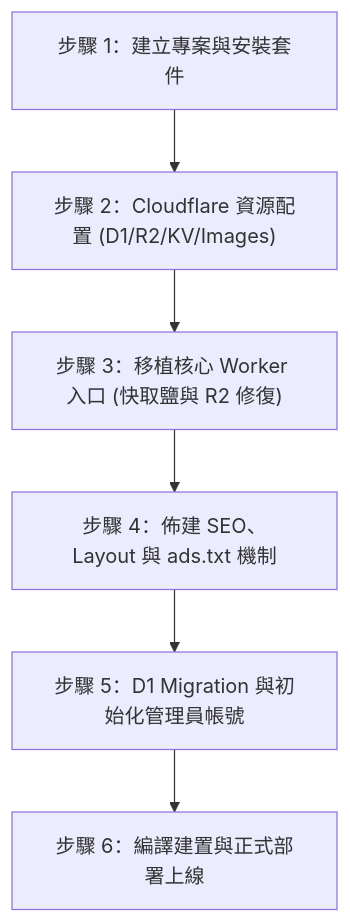
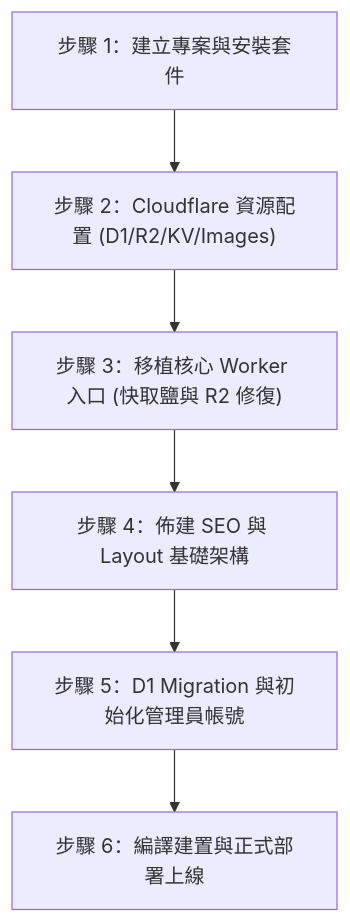
One commit to joyce5438/flavorinsight changed the diagram in EMDASH_DEPLOYMENT_PLAYBOOK.md. Above: the diagram before and after it, drawn with Mermaid. The commit also changed other lines of this file, not shown here.

````diff
--- a/EMDASH_DEPLOYMENT_PLAYBOOK.md
+++ b/EMDASH_DEPLOYMENT_PLAYBOOK.md
@@ -143,8 +131,8 @@
 ```mermaid
 flowchart TD
     A["步驟 1：建立專案與安裝套件"] --> B["步驟 2：Cloudflare 資源配置 (D1/R2/KV/Images)"]
     B --> C["步驟 3：移植核心 Worker 入口 (快取鹽與 R2 修復)"]
-    C --> D["步驟 4：佈建 SEO、Layout 與 ads.txt 機制"]
+    C --> D["步驟 4：佈建 SEO 與 Layout 基礎架構"]
     D --> E["步驟 5：D1 Migration 與初始化管理員帳號"]
     E --> F["步驟 6：編譯建置與正式部署上線"]
 ```
````
